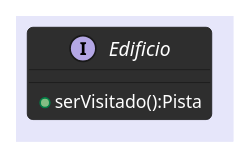
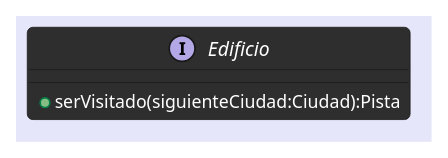
The diagram in docs/Diagramas/Modelo2/Clase/clase_edificio.plantuml (avilagaston9/algo3_tp2), drawn with PlantUML before and after one commit. The commit also changed 3 other files, not shown here.

```diff
--- a/docs/Diagramas/Modelo2/Clase/clase_edificio.plantuml
+++ b/docs/Diagramas/Modelo2/Clase/clase_edificio.plantuml
@@ -1,17 +1,17 @@
 @startuml
 
 !theme reddress-darkblue
 skinparam BackgroundColor lavender
 skinparam ArrowColor black
 skinparam ArrowThickness 1.0
 skinparam RoundCorner 7
 skinparam ClassAttributeFontColor FFFFFF
 skinparam ClassFontSize 12
 skinparam ArrowFontColor black
 
 Interface Edificio{
 
-    + serVisitado():Pista
+    + serVisitado(siguienteCiudad:Ciudad):Pista
 }
 
 @enduml
```
